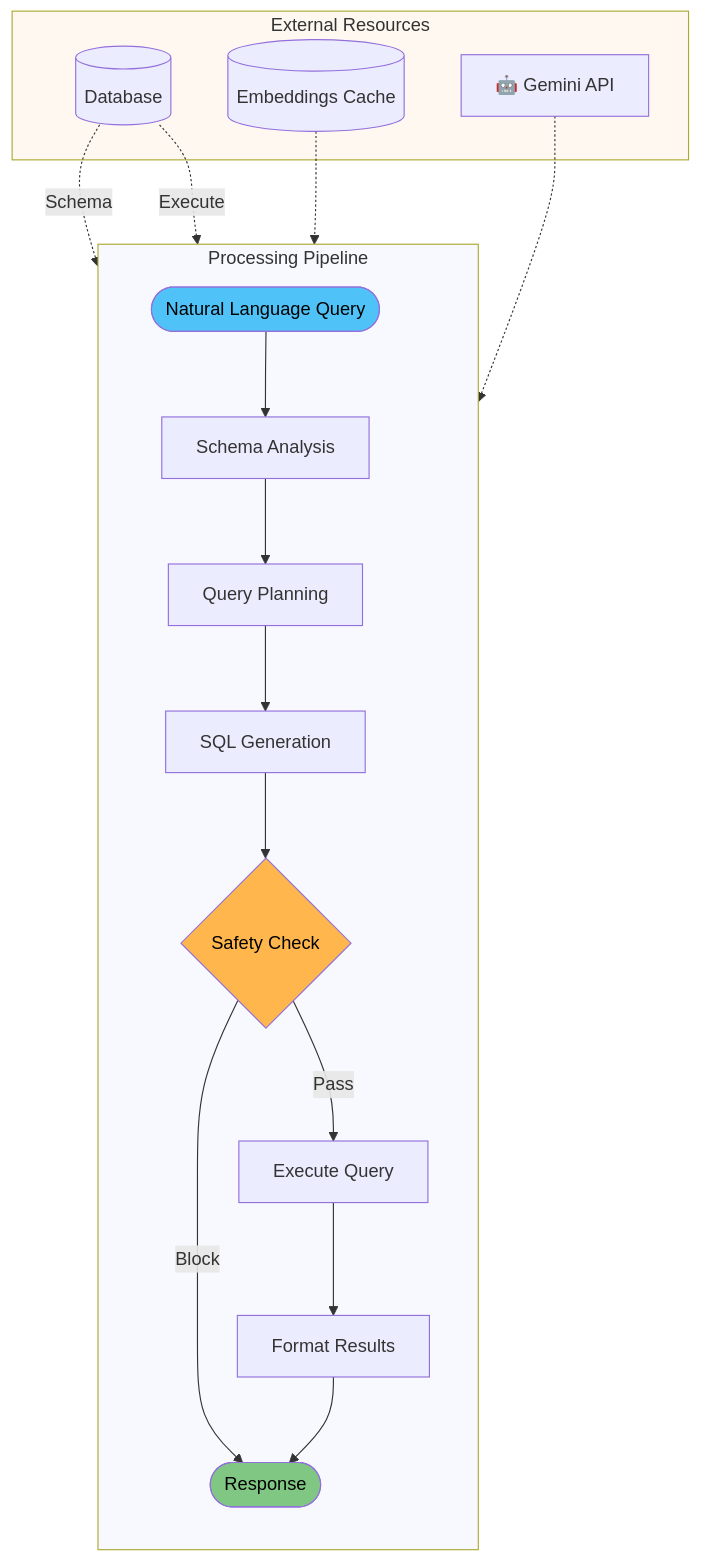
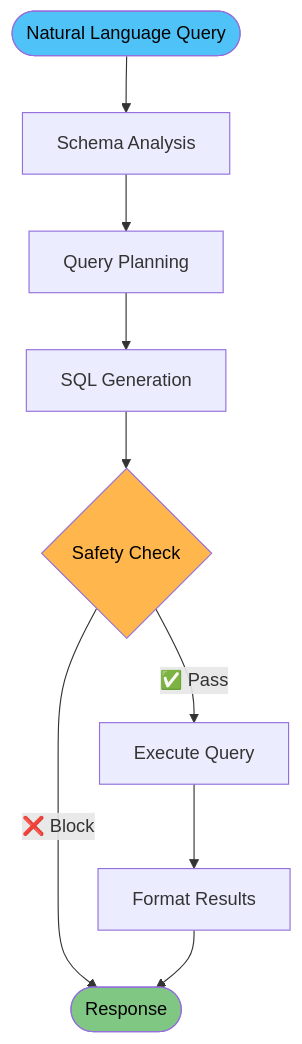
One commit to keo571/netquery changed the diagram in README.md. Above: the diagram before and after it, drawn with Mermaid.

Commit message:
Simplify Mermaid chart by removing noisy dotted lines
- Remove cluttered external resource connections and subgraphs
- Focus on clean main processing pipeline flow
- Keep decision diamond with clear Pass/Block paths with emojis
- Remove visual noise while maintaining essential information
- Much cleaner and easier to follow the core architecture
- Professional appearance without overwhelming detail

🤖 Generated with [Claude Code](https://claude.ai/code)

````diff
--- a/README.md
+++ b/README.md
@@ -7,31 +7,15 @@
 ```mermaid
 flowchart TD
-    subgraph main ["Processing Pipeline"]
-        direction TB
-        A([Natural Language Query]) --> B[Schema Analysis]
-        B --> C[Query Planning] 
-        C --> D[SQL Generation]
-        D --> E{Safety Check}
-        E -->|Pass| F[Execute Query]
-        E -->|Block| H
-        F --> G[Format Results]
-        G --> H([Response])
-    end
-    
-    subgraph external ["External Resources"]
-        DB[(Database)]
-        CACHE[(Embeddings Cache)]  
-        LLM[🤖 Gemini API]
-    end
-    
-    DB -.->|Schema| B
-    CACHE -.-> B
-    LLM -.-> D
-    DB -.->|Execute| F
+    A([Natural Language Query]) --> B[Schema Analysis]
+    B --> C[Query Planning] 
+    C --> D[SQL Generation]
+    D --> E{Safety Check}
+    E -->|✅ Pass| F[Execute Query]
+    E -->|❌ Block| H
+    F --> G[Format Results]
+    G --> H([Response])
     
     style A fill:#4FC3F7,color:#000
     style H fill:#81C784,color:#000
     style E fill:#FFB74D,color:#000
-    style main fill:#f8f9ff
-    style external fill:#fff8f0
 ```
````
